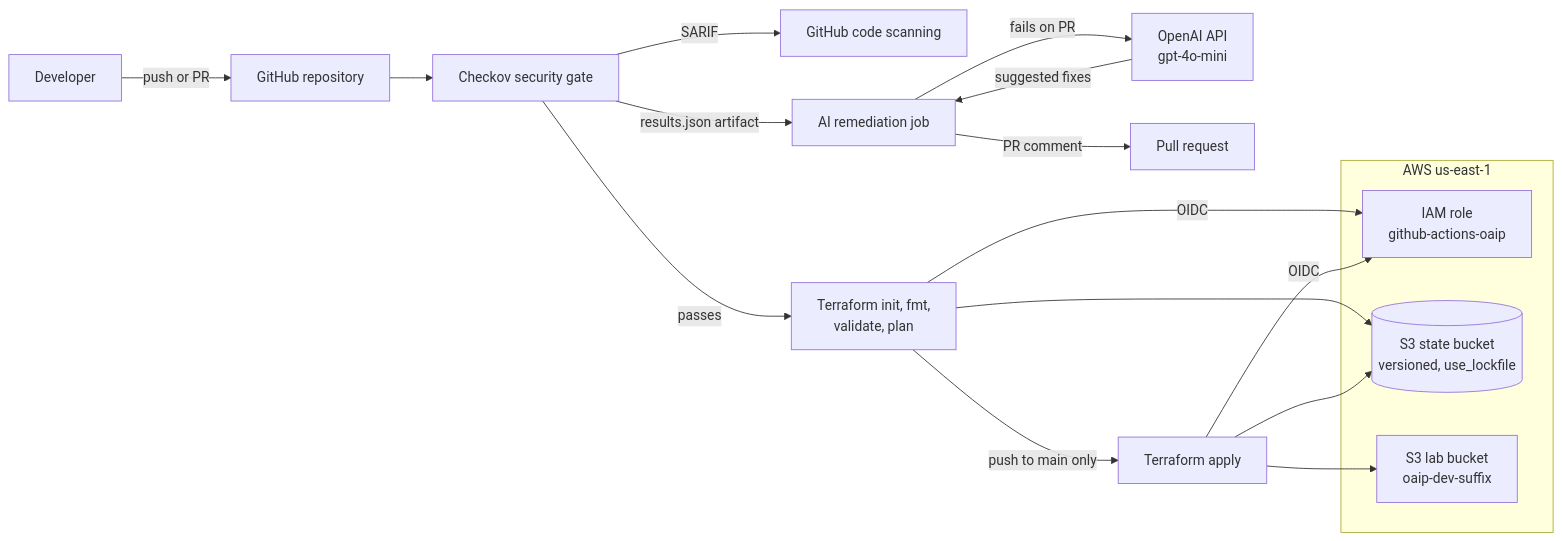
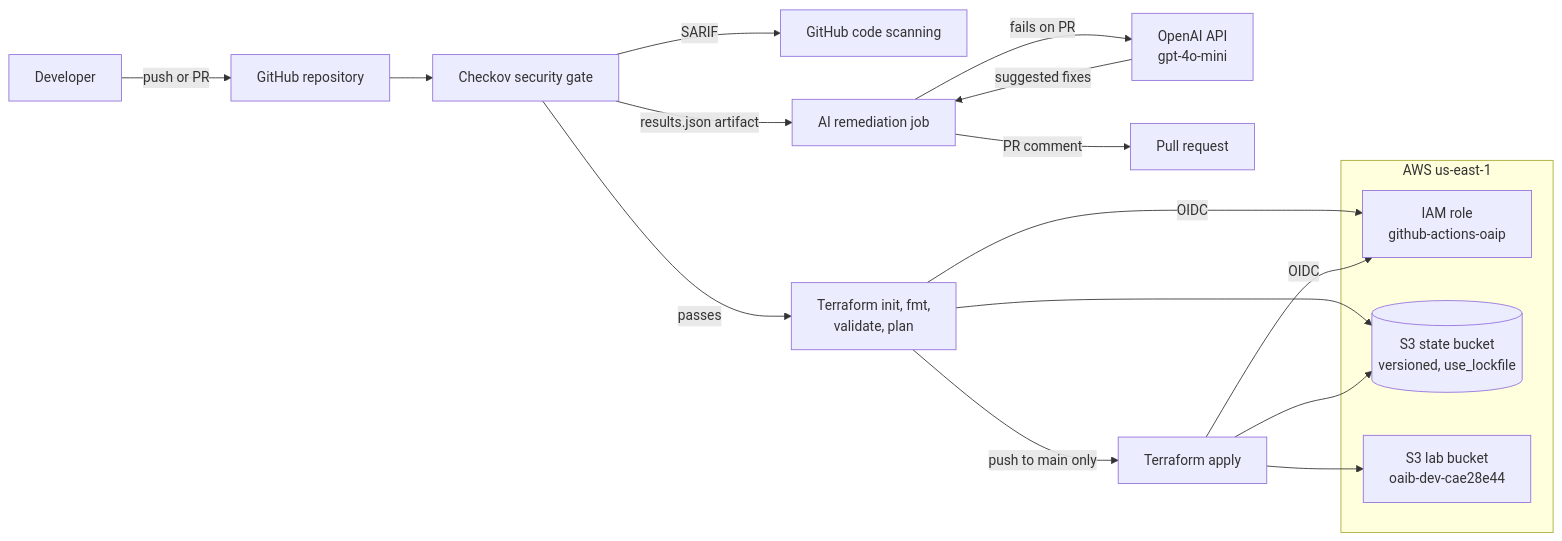
Before and after one commit to clevelandjosiah/Open-Ai-Pipeline: the diagram in README.md, drawn with Mermaid. The commit also changed other lines of this file, not shown here.

````diff
--- a/README.md
+++ b/README.md
@@ -30,24 +33,24 @@
 ```mermaid
 flowchart LR
     dev[Developer] -->|push or PR| gh[GitHub repository]
     gh --> scan[Checkov security gate]
     scan -->|SARIF| cs[GitHub code scanning]
     scan -->|results.json artifact| ai[AI remediation job]
     ai -->|fails on PR| oai[OpenAI API<br/>gpt-4o-mini]
     oai -->|suggested fixes| ai
     ai -->|PR comment| pr[Pull request]
     scan -->|passes| plan[Terraform init, fmt,<br/>validate, plan]
     plan -->|push to main only| apply[Terraform apply]
 
     subgraph AWS[AWS us-east-1]
         role[IAM role<br/>github-actions-oaip]
         state[(S3 state bucket<br/>versioned, use_lockfile)]
-        lab[S3 lab bucket<br/>oaip-dev-suffix]
+        lab[S3 lab bucket<br/>oaib-dev-cae28e44]
     end
 
     plan -->|OIDC| role
     apply -->|OIDC| role
     plan --> state
     apply --> state
     apply --> lab
 ```
````
